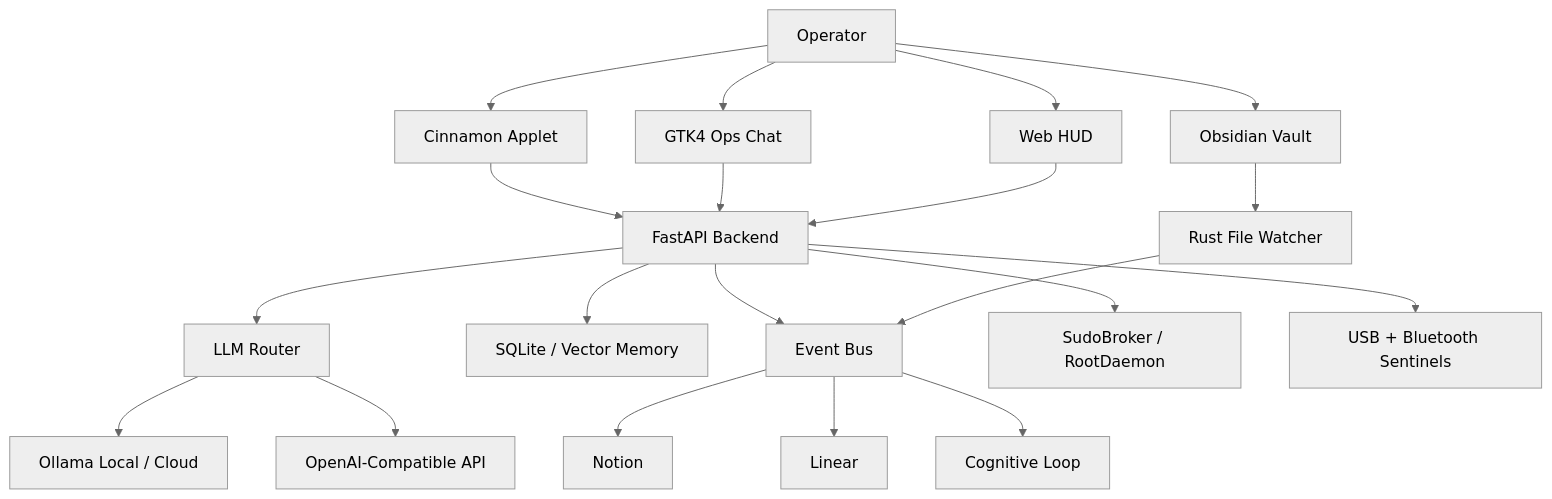
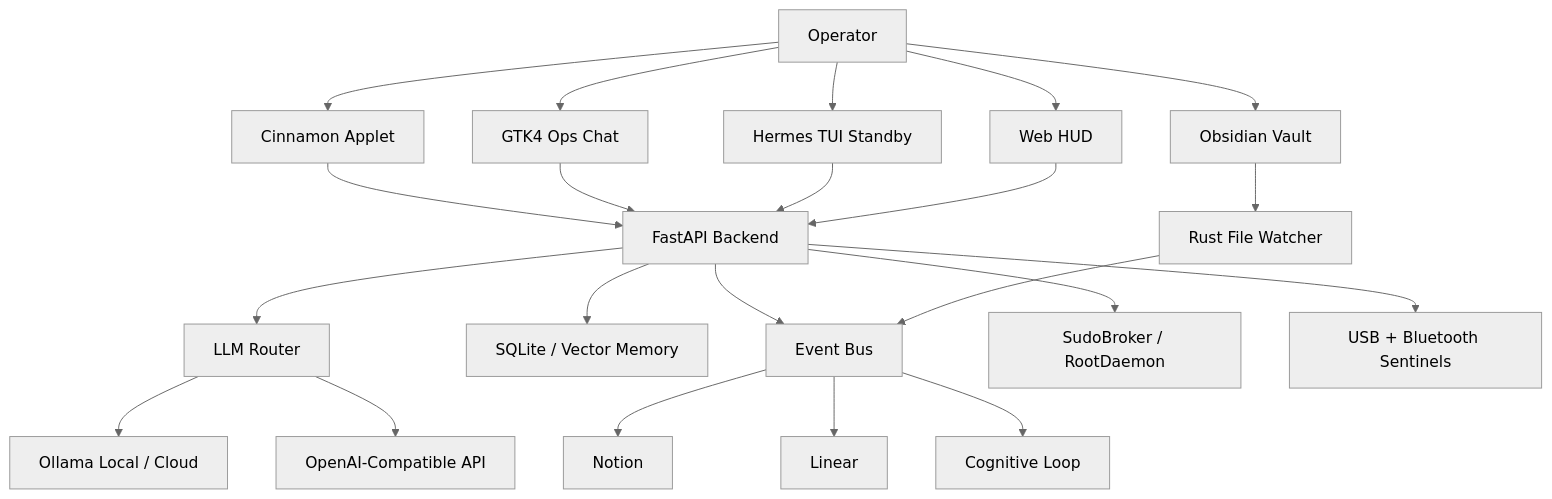
The diagram in README.md (zeusinfra/NEXUS), drawn with Mermaid (neutral theme) before and after one commit. The commit also changed other lines of this file and 23 other files, not shown here.

````diff
--- a/README.md
+++ b/README.md
@@ -46,27 +47,29 @@
 ```mermaid
 flowchart TD
     Operator[Operator] --> Applet[Cinnamon Applet]
     Operator --> GTK[GTK4 Ops Chat]
+    Operator --> TUI[Hermes TUI Standby]
     Operator --> HUD[Web HUD]
     Operator --> Obsidian[Obsidian Vault]
 
     Applet --> API[FastAPI Backend]
     GTK --> API
+    TUI --> API
     HUD --> API
 
     API --> LLM[LLM Router]
     API --> Memory[SQLite / Vector Memory]
     API --> Events[Event Bus]
     API --> Security[SudoBroker / RootDaemon]
     API --> Peripherals[USB + Bluetooth Sentinels]
 
     Obsidian --> Watcher[Rust File Watcher]
     Watcher --> Events
 
     Events --> Notion[Notion]
     Events --> Linear[Linear]
     Events --> Cognition[Cognitive Loop]
 
     LLM --> Ollama[Ollama Local / Cloud]
     LLM --> OpenAI[OpenAI-Compatible API]
 ```
````
